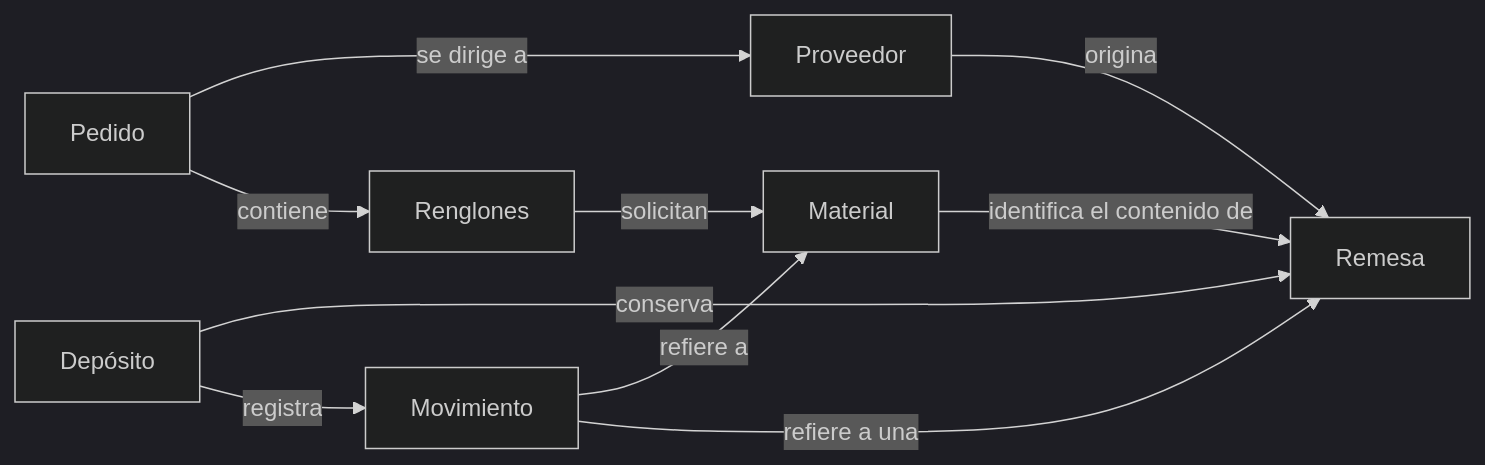
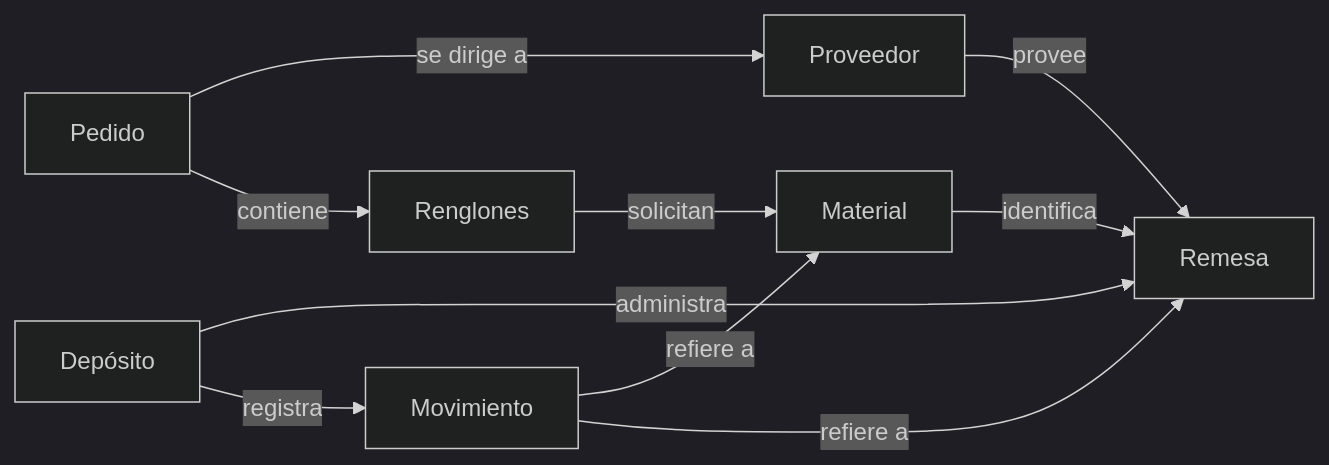
One commit to cmondrzak/tp-inventario-jit-trazabilidad changed the first of 2 diagrams in README.md. Above: the diagram before and after it, drawn with Mermaid (dark theme). The commit also changed other lines of this file, not shown here.

````diff
--- a/README.md
+++ b/README.md
@@ -32,12 +39,12 @@
 ```mermaid
 flowchart LR
-    P[Proveedor] -->|origina| R[Remesa]
-    M[Material] -->|identifica el contenido de| R
-    D[Depósito] -->|conserva| R
+    P[Proveedor] -->|provee| R[Remesa]
+    M[Material] -->|identifica| R
+    D[Depósito] -->|administra| R
     D -->|registra| V[Movimiento]
     V -->|refiere a| M
-    V -->|refiere a una| R
-    Q[Pedido] -->|se dirige a| P
-    Q -->|contiene| L[Renglones]
-    L -->|solicitan| M
+    V -->|refiere a| R
+    PE[Pedido] -->|se dirige a| P
+    PE -->|contiene| RP[Renglones]
+    RP -->|solicitan| M
 ```
````
